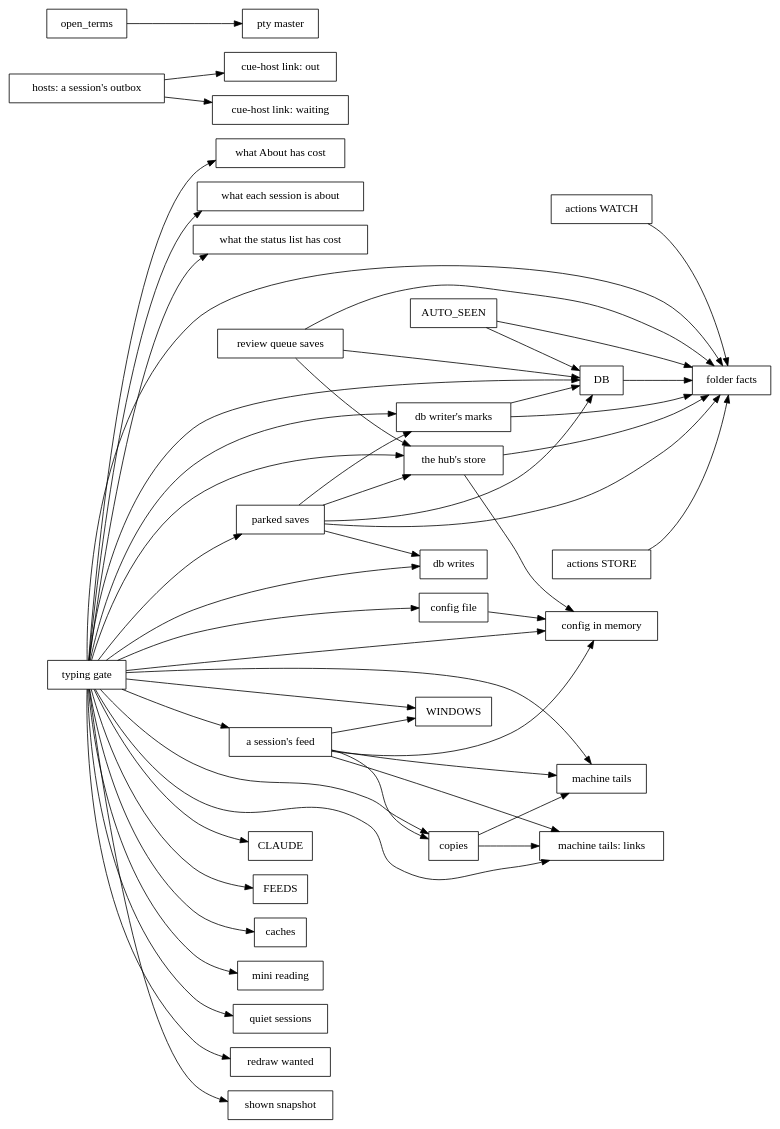
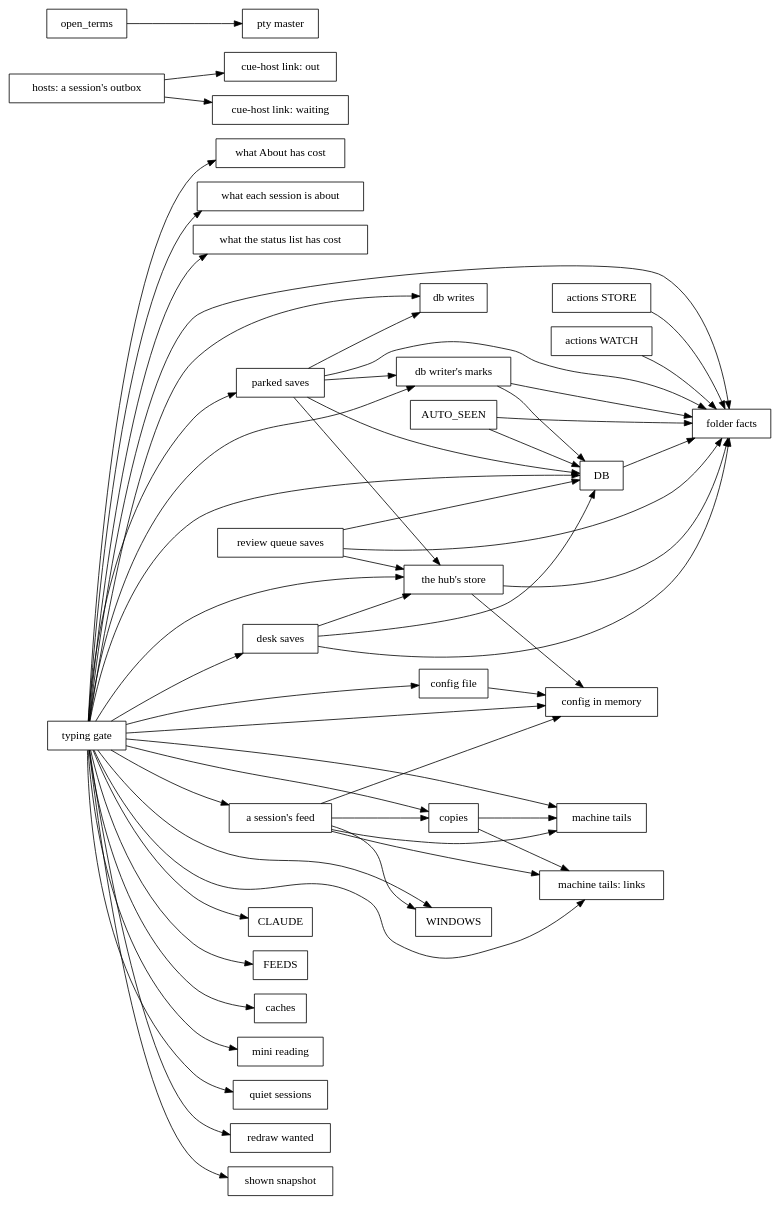
Before and after one commit to spacegrowth/cue: the diagram in docs/dev/lock-graph.dot, drawn with Graphviz. The commit also changed 30 other files, not shown here.

First line of the commit message:
Desk Rust store and Dispatch

```diff
--- a/docs/dev/lock-graph.dot
+++ b/docs/dev/lock-graph.dot
@@ -1,56 +1,60 @@
 // Generated by `cargo run -p xtask -- inventory`; don't edit by hand.
 digraph locks {
   rankdir=LR;
   node [shape=box];
   "AUTO_SEEN" -> "DB";
   "AUTO_SEEN" -> "folder facts";
   "DB" -> "folder facts";
   "a session's feed" -> "WINDOWS";
   "a session's feed" -> "config in memory";
   "a session's feed" -> "copies";
   "a session's feed" -> "machine tails";
   "a session's feed" -> "machine tails: links";
   "actions STORE" -> "folder facts";
   "actions WATCH" -> "folder facts";
   "config file" -> "config in memory";
   "copies" -> "machine tails";
   "copies" -> "machine tails: links";
   "db writer's marks" -> "DB";
   "db writer's marks" -> "folder facts";
+  "desk saves" -> "DB";
+  "desk saves" -> "folder facts";
+  "desk saves" -> "the hub's store";
   "hosts: a session's outbox" -> "cue-host link: out";
   "hosts: a session's outbox" -> "cue-host link: waiting";
   "open_terms" -> "pty master";
   "parked saves" -> "DB";
   "parked saves" -> "db writer's marks";
   "parked saves" -> "db writes";
   "parked saves" -> "folder facts";
   "parked saves" -> "the hub's store";
   "review queue saves" -> "DB";
   "review queue saves" -> "folder facts";
   "review queue saves" -> "the hub's store";
   "the hub's store" -> "config in memory";
   "the hub's store" -> "folder facts";
   "typing gate" -> "CLAUDE";
   "typing gate" -> "DB";
   "typing gate" -> "FEEDS";
   "typing gate" -> "WINDOWS";
   "typing gate" -> "a session's feed";
   "typing gate" -> "caches";
   "typing gate" -> "config file";
   "typing gate" -> "config in memory";
   "typing gate" -> "copies";
   "typing gate" -> "db writer's marks";
   "typing gate" -> "db writes";
+  "typing gate" -> "desk saves";
   "typing gate" -> "folder facts";
   "typing gate" -> "machine tails";
   "typing gate" -> "machine tails: links";
   "typing gate" -> "mini reading";
   "typing gate" -> "parked saves";
   "typing gate" -> "quiet sessions";
   "typing gate" -> "redraw wanted";
   "typing gate" -> "shown snapshot";
   "typing gate" -> "the hub's store";
   "typing gate" -> "what About has cost";
   "typing gate" -> "what each session is about";
   "typing gate" -> "what the status list has cost";
 }
```
